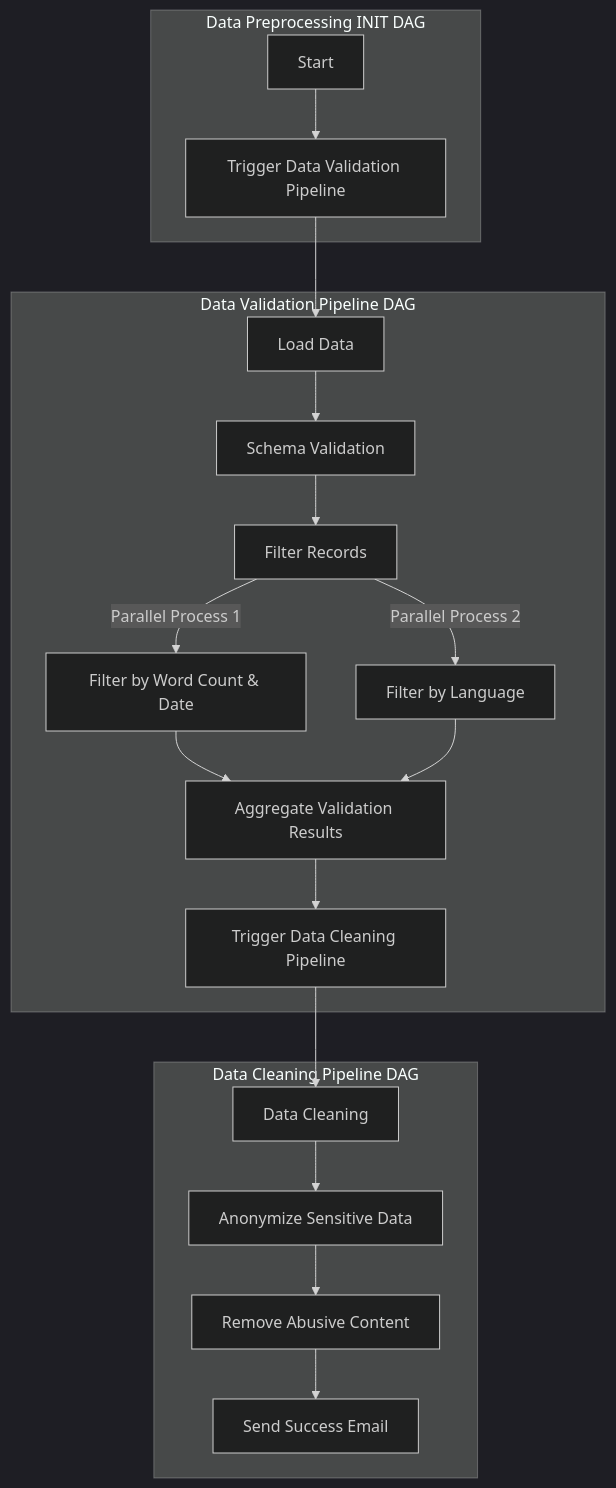
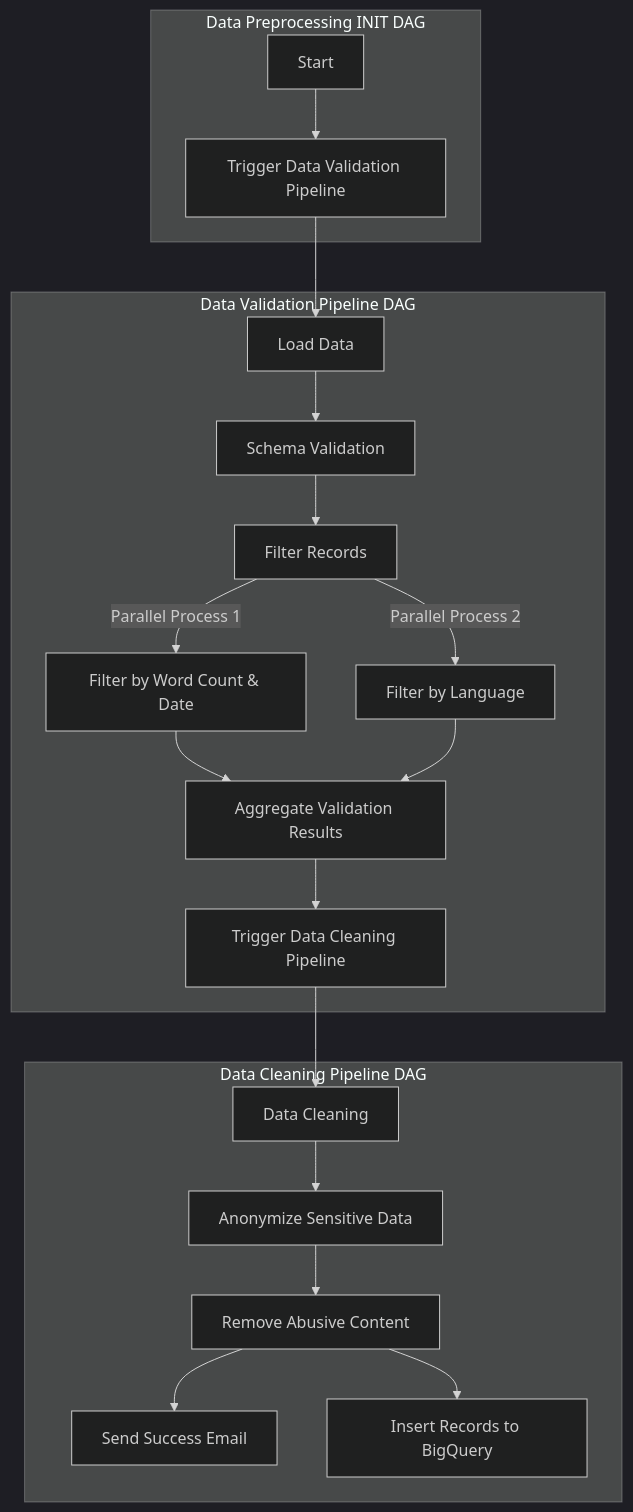
The diagram in README.md (rajpandeygithub/Automated-BiLingual-Complaint-System), drawn with Mermaid (dark theme) before and after one commit.

````diff
--- a/README.md
+++ b/README.md
@@ -188,25 +188,26 @@
 ```mermaid
 graph TB
     subgraph "Data Preprocessing INIT DAG"
         A[Start] --> B[Trigger Data Validation Pipeline]
     end
 
     subgraph "Data Validation Pipeline DAG"
         C[Load Data] --> D[Schema Validation]
         D --> E[Filter Records]
         E --> |Parallel Process 1| F[Filter by Word Count & Date]
         E --> |Parallel Process 2| G[Filter by Language]
         F --> H[Aggregate Validation Results]
         G --> H
         H --> I[Trigger Data Cleaning Pipeline]
     end
 
     subgraph "Data Cleaning Pipeline DAG"
         J[Data Cleaning] --> K[Anonymize Sensitive Data]
         K --> L[Remove Abusive Content]
         L --> M[Send Success Email]
+        L --> N[Insert Records to BigQuery]
     end
 
     B --> C
     I --> J
 ```
````
